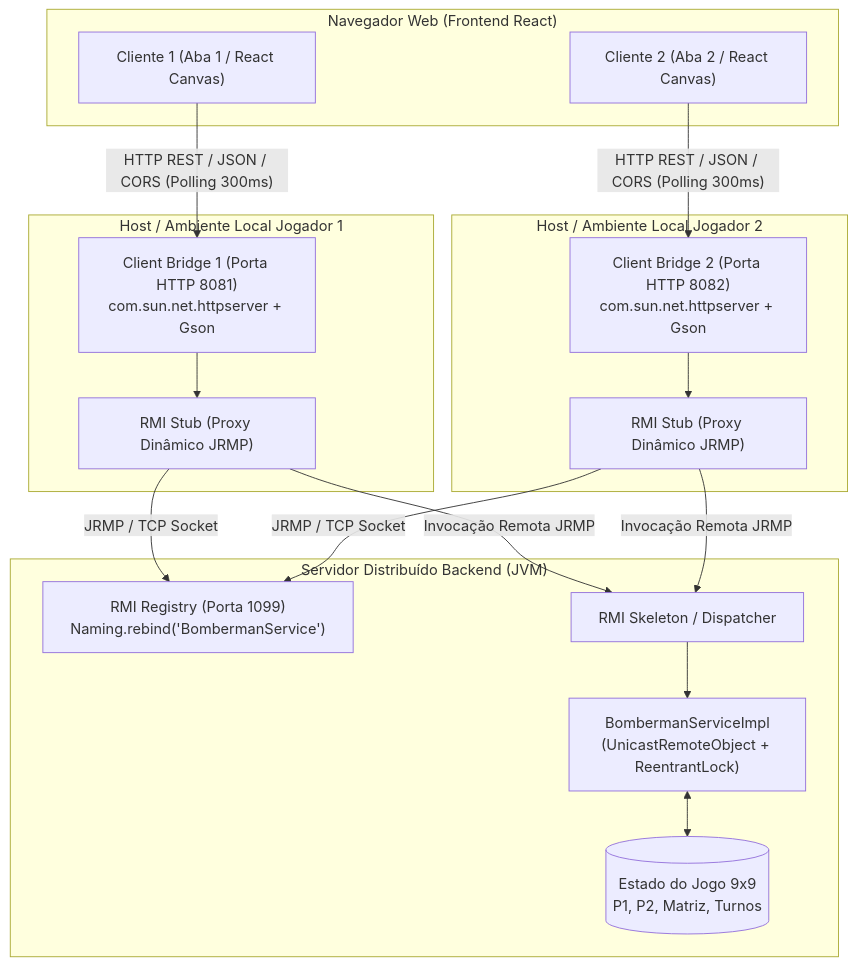
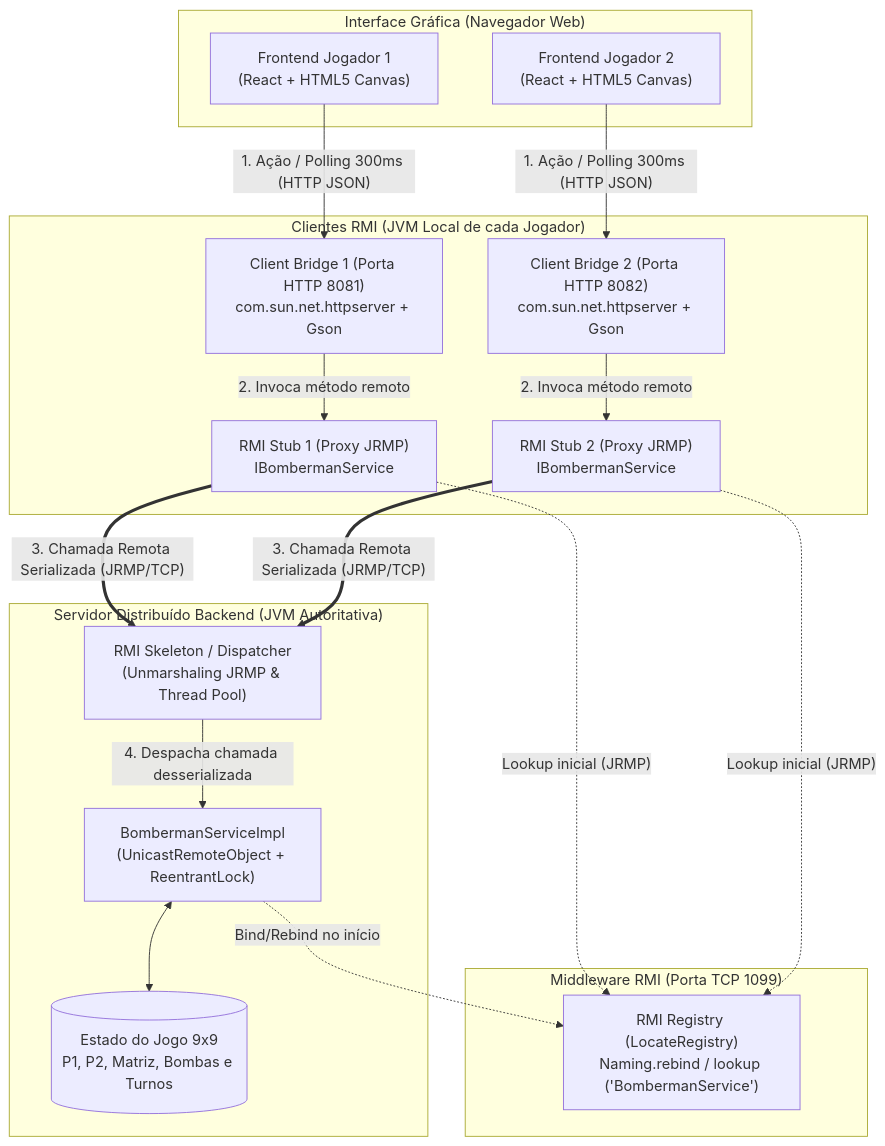
The first of 3 diagrams in docs/RELATORIO_TECNICO.md (emn-f/bomberman-sd), drawn with Mermaid before and after one commit. The commit also changed other lines of this file, not shown here.

Commit message:
docs(relatorio): detalha secoes de introducao, arquitetura RMI e diagramas Mermaid

````diff
--- a/docs/RELATORIO_TECNICO.md
+++ b/docs/RELATORIO_TECNICO.md
@@ -26,37 +40,39 @@
 ```mermaid
 graph TD
-    subgraph Browser ["Navegador Web (Frontend React)"]
-        UI1["Cliente 1 (Aba 1 / React Canvas)"]
-        UI2["Cliente 2 (Aba 2 / React Canvas)"]
+    subgraph CamadaVisual ["Interface Gráfica (Navegador Web)"]
+        UI1["Frontend Jogador 1<br/>(React + HTML5 Canvas)"]
+        UI2["Frontend Jogador 2<br/>(React + HTML5 Canvas)"]
     end
 
-    subgraph HostLocal1 ["Host / Ambiente Local Jogador 1"]
+    subgraph CamadaClienteRMI ["Clientes RMI (JVM Local de cada Jogador)"]
         Bridge1["Client Bridge 1 (Porta HTTP 8081)<br/>com.sun.net.httpserver + Gson"]
-        Stub1["RMI Stub (Proxy Dinâmico JRMP)"]
+        Stub1["RMI Stub 1 (Proxy JRMP)<br/>IBombermanService"]
+
+        Bridge2["Client Bridge 2 (Porta HTTP 8082)<br/>com.sun.net.httpserver + Gson"]
+        Stub2["RMI Stub 2 (Proxy JRMP)<br/>IBombermanService"]
     end
 
-    subgraph HostLocal2 ["Host / Ambiente Local Jogador 2"]
-        Bridge2["Client Bridge 2 (Porta HTTP 8082)<br/>com.sun.net.httpserver + Gson"]
-        Stub2["RMI Stub (Proxy Dinâmico JRMP)"]
+    subgraph CamadaMiddleware ["Middleware RMI (Porta TCP 1099)"]
+        Registry["RMI Registry (LocateRegistry)<br/>Naming.rebind / lookup ('BombermanService')"]
     end
 
-    subgraph BackendRMI ["Servidor Distribuído Backend (JVM)"]
-        Registry["RMI Registry (Porta 1099)<br/>Naming.rebind('BombermanService')"]
-        Skeleton["RMI Skeleton / Dispatcher"]
+    subgraph CamadaServidorRMI ["Servidor Distribuído Backend (JVM Autoritativa)"]
+        Skeleton["RMI Skeleton / Dispatcher<br/>(Unmarshaling JRMP & Thread Pool)"]
         ServiceImpl["BombermanServiceImpl<br/>(UnicastRemoteObject + ReentrantLock)"]
-        GameState[("Estado do Jogo 9x9<br/>P1, P2, Matriz, Turnos")]
+        GameState[("Estado do Jogo 9x9<br/>P1, P2, Matriz, Bombas e Turnos")]
     end
 
-    UI1 -- "HTTP REST / JSON / CORS (Polling 300ms)" --> Bridge1
-    Bridge1 --> Stub1
-    Stub1 -- "JRMP / TCP Socket" --> Registry
-    Stub1 -- "Invocação Remota JRMP" --> Skeleton
+    UI1 -- "1. Ação / Polling 300ms (HTTP JSON)" --> Bridge1
+    Bridge1 -- "2. Invoca método remoto" --> Stub1
+    Stub1 -. "Lookup inicial (JRMP)" .-> Registry
+    Stub1 == "3. Chamada Remota Serializada (JRMP/TCP)" ==> Skeleton
 
-    UI2 -- "HTTP REST / JSON / CORS (Polling 300ms)" --> Bridge2
-    Bridge2 --> Stub2
-    Stub2 -- "JRMP / TCP Socket" --> Registry
-    Stub2 -- "Invocação Remota JRMP" --> Skeleton
+    UI2 -- "1. Ação / Polling 300ms (HTTP JSON)" --> Bridge2
+    Bridge2 -- "2. Invoca método remoto" --> Stub2
+    Stub2 -. "Lookup inicial (JRMP)" .-> Registry
+    Stub2 == "3. Chamada Remota Serializada (JRMP/TCP)" ==> Skeleton
 
-    Skeleton --> ServiceImpl
+    ServiceImpl -. "Bind/Rebind no início" .-> Registry
+    Skeleton -- "4. Despacha chamada desserializada" --> ServiceImpl
     ServiceImpl <--> GameState
 ```
````
